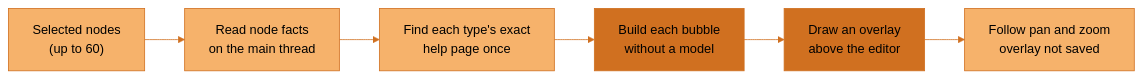
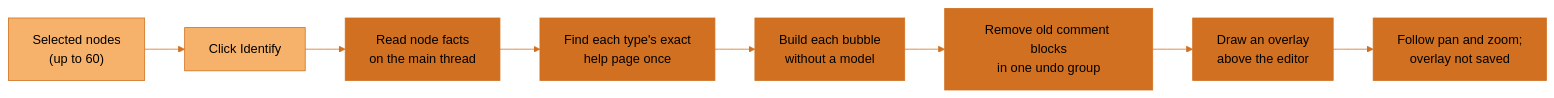
The sixth of 11 diagrams in docs/architecture/overview.md (JosephOIbrahim/Synapse), drawn with Mermaid before and after one commit. The commit also changed other lines of this file and 10 other files, not shown here.

````diff
--- a/docs/architecture/overview.md
+++ b/docs/architecture/overview.md
@@ -203,16 +207,18 @@
 ```mermaid
 flowchart LR
     accTitle: Identify draws a short local bubble beside each selected node
-    accDescr: The panel reads facts for up to 60 selected nodes on Houdini's main thread. A worker finds each type's exact local help page, or an HDA's own help, and builds each bubble without a model. The main thread draws an overlay that follows pan and zoom. The overlay is not saved; old Identify-generated comment blocks can be removed in an undo group while artist text is preserved.
-    S["Selected nodes<br/>(up to 60)"] --> F["Read node facts<br/>on the main thread"]
+    accDescr: The panel reads facts for up to 60 selected nodes on Houdini's main thread. A worker finds each type's exact local help page, or an HDA's own help, and builds each bubble without a model. Old Identify-generated comment blocks are removed in one undo group, artist text kept. The main thread then draws an overlay that follows pan and zoom. The overlay is not saved.
+    S["Selected nodes<br/>(up to 60)"] --> I["Click Identify"]
+    I --> F["Read node facts<br/>on the main thread"]
     F --> L["Find each type's exact<br/>help page once"]
     L --> C["Build each bubble<br/>without a model"]
-    C --> W["Draw an overlay<br/>above the editor"]
-    W --> V["Follow pan and zoom<br/>overlay not saved"]
+    C --> K["Remove old comment blocks<br/>in one undo group"]
+    K --> W["Draw an overlay<br/>above the editor"]
+    W --> V["Follow pan and zoom;<br/>overlay not saved"]
     classDef default fill:#F6B26B,stroke:#D07020,color:#000000
     classDef artist fill:#F6B26B,stroke:#D07020,color:#000000
     classDef synapse fill:#D07020,stroke:#D07020,color:#000000
-    class S artist
-    class C,W synapse
+    class S,I artist
+    class F,L,C,K,W,V synapse
     linkStyle default stroke:#D07020
 ```
````
